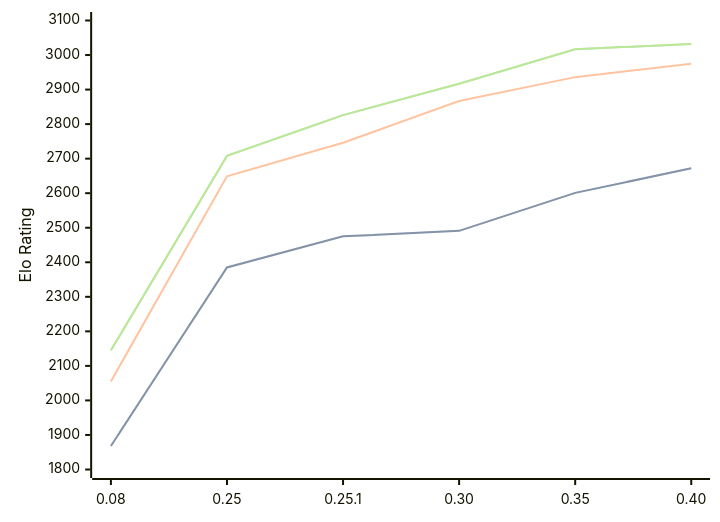
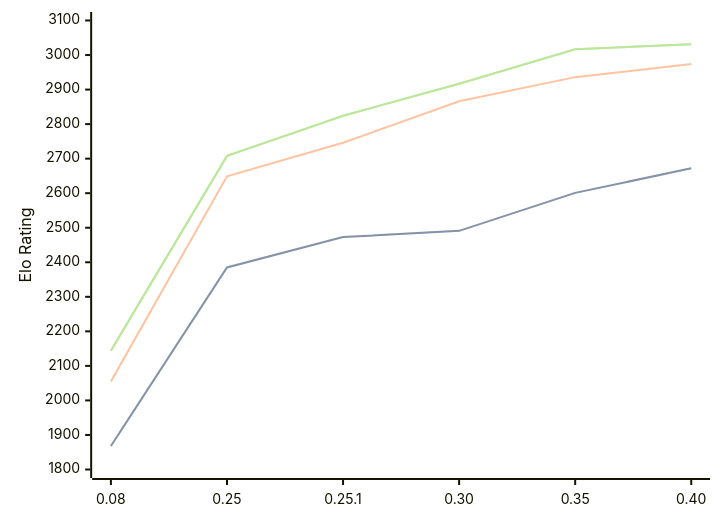
Before and after one commit to computer-chess-index/cci: the diagram in engines/Gecko.md, drawn with Mermaid. The commit also changed other lines of this file, not shown here.

Commit message:
Update CCI Ratings (ELO VLTC) - 2026-07-27

````diff
--- a/engines/Gecko.md
+++ b/engines/Gecko.md
@@ -36,11 +36,11 @@
 ```mermaid
 %%{init: {"theme":"base","themeVariables":{"seriesColors:['#a3a3a3','#222221','#faa371']}}}%%
 xychart-beta
   x-axis ["0.08", "0.25", "0.25.1", "0.30", "0.35", "0.40"]
   y-axis "Elo Rating" 1800 --> 3100
-  line "STC (8.0+0.08s)" [1868, 2385, 2475, 2491, 2601, 2672]
-  line "STC (8.0+0.08s)" [1868, 2385, 2475, 2491, 2601, 2672]
-  line "LTC (60.0+0.60s)" [2055, 2649, 2746, 2867, 2936, 2975]
-  line "VLTC (2m24s+1.12s)" [2145, 2708, 2826, 2917, 3017, 3032]
-  line "VLTC (2m24s+1.12s)" [2145, 2708, 2826, 2917, 3017, 3032]
+  line "STC (8.0+0.08s)" [1868, 2385, 2473, 2491, 2601, 2672]
+  line "STC (8.0+0.08s)" [1868, 2385, 2473, 2491, 2601, 2672]
+  line "LTC (60.0+0.60s)" [2055, 2649, 2746, 2866, 2936, 2974]
+  line "VLTC (2m24s+1.12s)" [2144, 2708, 2824, 2917, 3017, 3031]
+  line "VLTC (2m24s+1.12s)" [2144, 2708, 2824, 2917, 3017, 3031]
 ```
````
